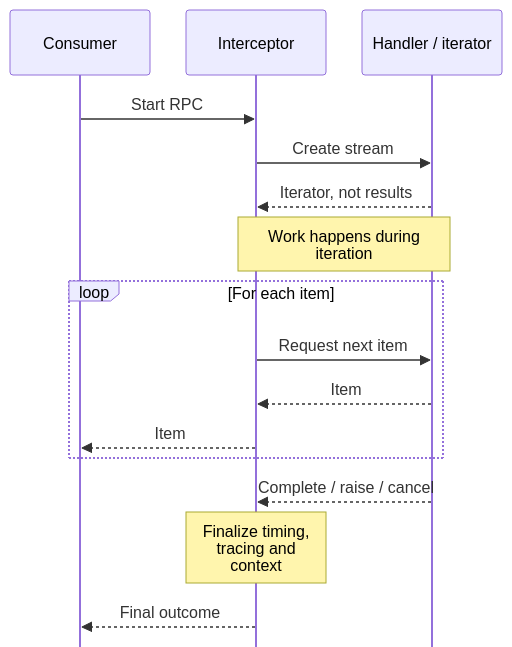
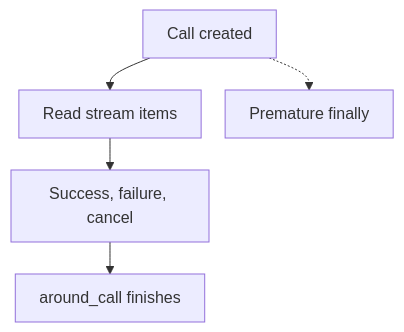
Before and after one commit to bedrock-python/bedrock-python.github.io: the diagram in docs/blog/posts/2026-09-07-why-grpc-interceptors-break-on-streaming-rpcs.md, drawn with Mermaid. The commit also changed other lines of this file and 59 other files, not shown here.

````diff
--- a/docs/blog/posts/2026-09-07-why-grpc-interceptors-break-on-streaming-rpcs.md
+++ b/docs/blog/posts/2026-09-07-why-grpc-interceptors-break-on-streaming-rpcs.md
@@ -89,31 +141,23 @@
 ```mermaid
 ---
 config:
   theme: default
   look: classic
-  sequence:
+  flowchart:
     useMaxWidth: false
-    wrap: true
-    width: 140
-    actorMargin: 36
-    mirrorActors: false
+    wrappingWidth: 150
+    padding: 12
+    nodeSpacing: 24
+    rankSpacing: 32
 ---
-sequenceDiagram
-    accTitle: The stream outlives the call that created it
-    accDescr: Timing only iterator creation misses the work and later errors. A streaming interceptor must keep its context through iteration and finalize it on completion, error or cancellation.
-    participant C as Consumer
-    participant I as Interceptor
-    participant H as Handler / iterator
-    C->>I: Start RPC
-    I->>H: Create stream
-    H-->>I: Iterator, not results
-    Note over I,H: Work happens during iteration
-    loop For each item
-      I->>H: Request next item
-      H-->>I: Item
-      I-->>C: Item
-    end
-    H-->>I: Complete / raise / cancel
-    Note over I: Finalize timing, tracing and context
-    I-->>C: Final outcome
+flowchart TD
+    accTitle: Creating a call does not complete the RPC
+    accDescr: Wrapping continuation alone ends timing after call creation. The around_call interceptor observes the RPC outcome: success, failure or cancellation.
+    A["Call created"]
+    B["Read stream items"]
+    C["Success, failure, cancel"]
+    D["around_call finishes"]
+    E["Premature finally"]
+    A --> B --> C --> D
+    A -.-> E
 ```
````
